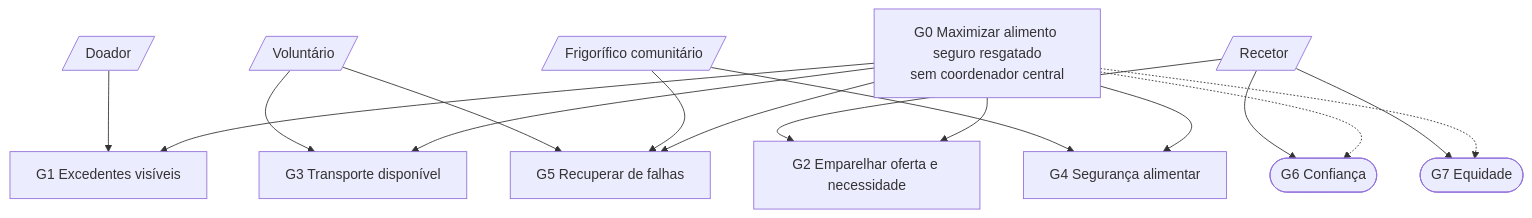
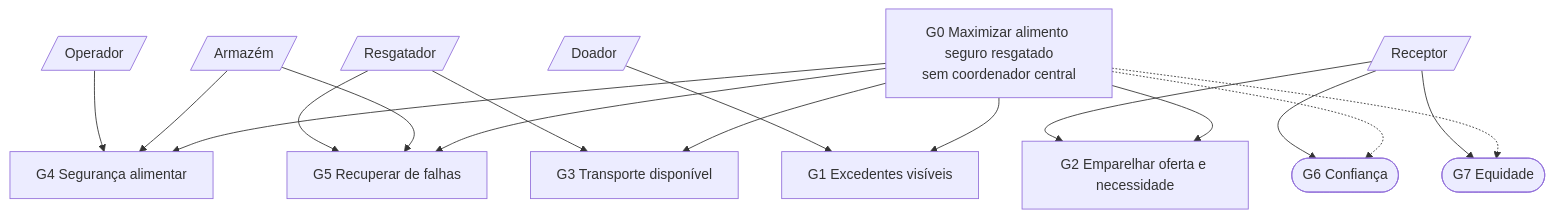
The diagram in docs/01-requisitos.md (VituVVL/food-rescue), drawn with Mermaid before and after one commit. The commit also changed other lines of this file and 4 other files, not shown here.

````diff
--- a/docs/01-requisitos.md
+++ b/docs/01-requisitos.md
@@ -54,20 +61,21 @@
 ```mermaid
 flowchart TD
     G0["G0 Maximizar alimento seguro resgatado<br/>sem coordenador central"]
     G0 --> G1["G1 Excedentes visíveis"]
     G0 --> G2["G2 Emparelhar oferta e necessidade"]
     G0 --> G3["G3 Transporte disponível"]
     G0 --> G4["G4 Segurança alimentar"]
     G0 --> G5["G5 Recuperar de falhas"]
     G0 -.-> G6(["G6 Confiança"])
     G0 -.-> G7(["G7 Equidade"])
 
     D[/Doador/] --> G1
-    R[/Recetor/] --> G2
-    V[/Voluntário/] --> G3
-    F[/Frigorífico comunitário/] --> G4
-    F --> G5
+    R[/Receptor/] --> G2
+    V[/Resgatador/] --> G3
+    A[/Armazém/] --> G4
+    A --> G5
+    O[/Operador/] --> G4
     V --> G5
     R --> G6
     R --> G7
 ```
````
